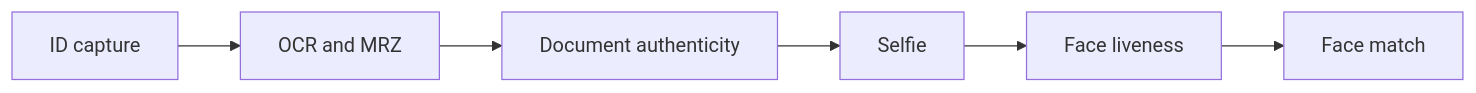
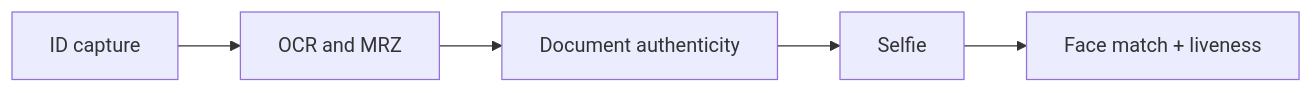
Before and after one commit to gentlebear0988/temp-docs: the first of 2 diagrams in faceplugin-docs/deploy-and-host/architecture.md, drawn with Mermaid. The commit also changed other lines of this file and 14 other files, not shown here.

````diff
--- a/faceplugin-docs/deploy-and-host/architecture.md
+++ b/faceplugin-docs/deploy-and-host/architecture.md
@@ -23,8 +32,7 @@
 ```mermaid
 flowchart LR
   ID[ID capture] --> OCR[OCR and MRZ]
-  OCR --> DocLiveness[Document authenticity]
-  DocLiveness --> Selfie[Selfie]
-  Selfie --> FaceLiveness[Face liveness]
-  FaceLiveness --> Match[Face match]
+  OCR --> DocAuth[Document authenticity]
+  DocAuth --> Selfie[Selfie]
+  Selfie --> FaceCombined[Face match + liveness]
 ```
````
